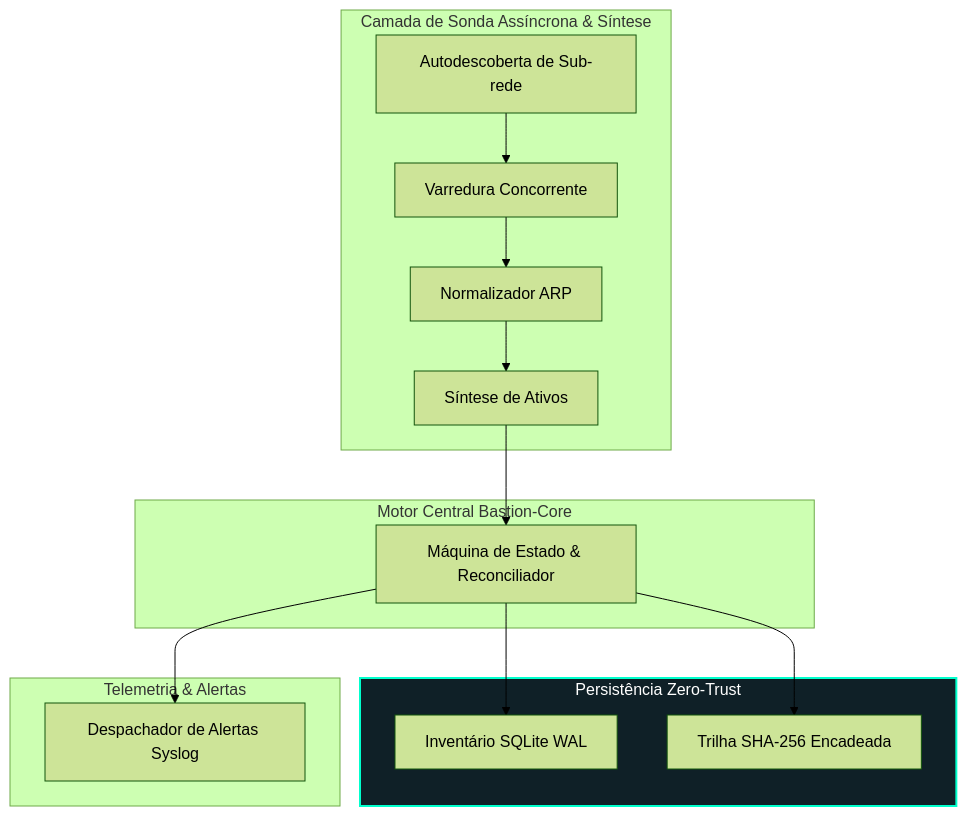
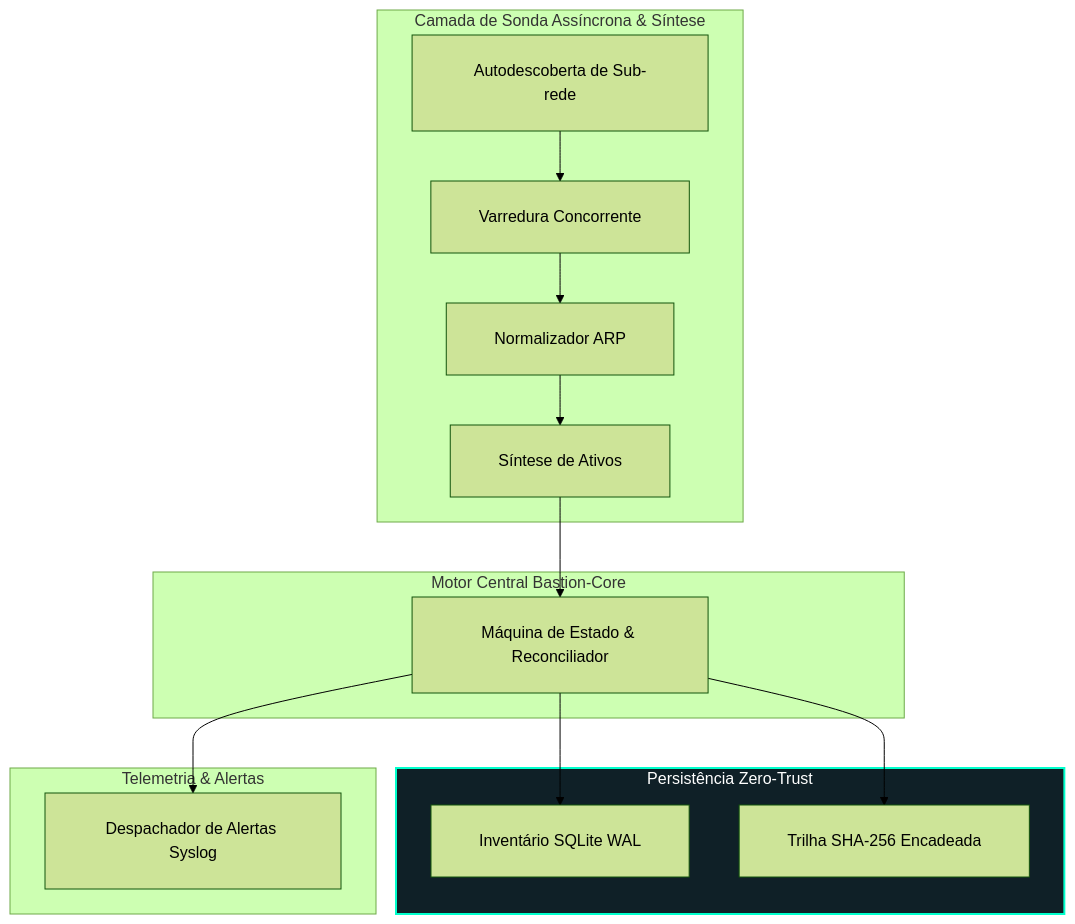
One commit to welzim19-star/bastion-core changed the diagram in README.pt-BR.md. Above: the diagram before and after it, drawn with Mermaid (forest theme). The commit also changed 1 other file, not shown here.

Commit message:
fix(diagram): disable htmlLabels and enforce padding to prevent Chromium SVG clipping

````diff
--- a/README.pt-BR.md
+++ b/README.pt-BR.md
@@ -25,34 +25,40 @@
 ```mermaid
+---
+config:
+  flowchart:
+    htmlLabels: false
+    padding: 24
+---
 flowchart TD
     subgraph PROBE_LAYER["Camada de Sonda Assíncrona & Síntese"]
         AutoNIC["Autodescoberta de Sub-rede"]
         BatchProbe["Varredura Concorrente"]
         ARP["Normalizador ARP"]
         Intel["Síntese de Ativos"]
         
         AutoNIC --> BatchProbe
         BatchProbe --> ARP
         ARP --> Intel
     end
 
     subgraph ENGINE_CORE["Motor Central Bastion-Core"]
         Engine["Máquina de Estado & Reconciliador"]
         Intel --> Engine
     end
 
     subgraph STORAGE_LEDGER["Persistência Zero-Trust"]
         WAL["Inventário SQLite WAL"]
         Ledger["Trilha SHA-256 Encadeada"]
         
         Engine --> WAL
         Engine --> Ledger
     end
 
     subgraph SINKS["Telemetria & Alertas"]
         Syslog["Despachador de Alertas Syslog"]
         Engine --> Syslog
     end
 
     classDef secure fill:#0f2027,stroke:#00ffcc,stroke-width:2px,color:#fff;
     class STORAGE_LEDGER secure;
 ```
````
